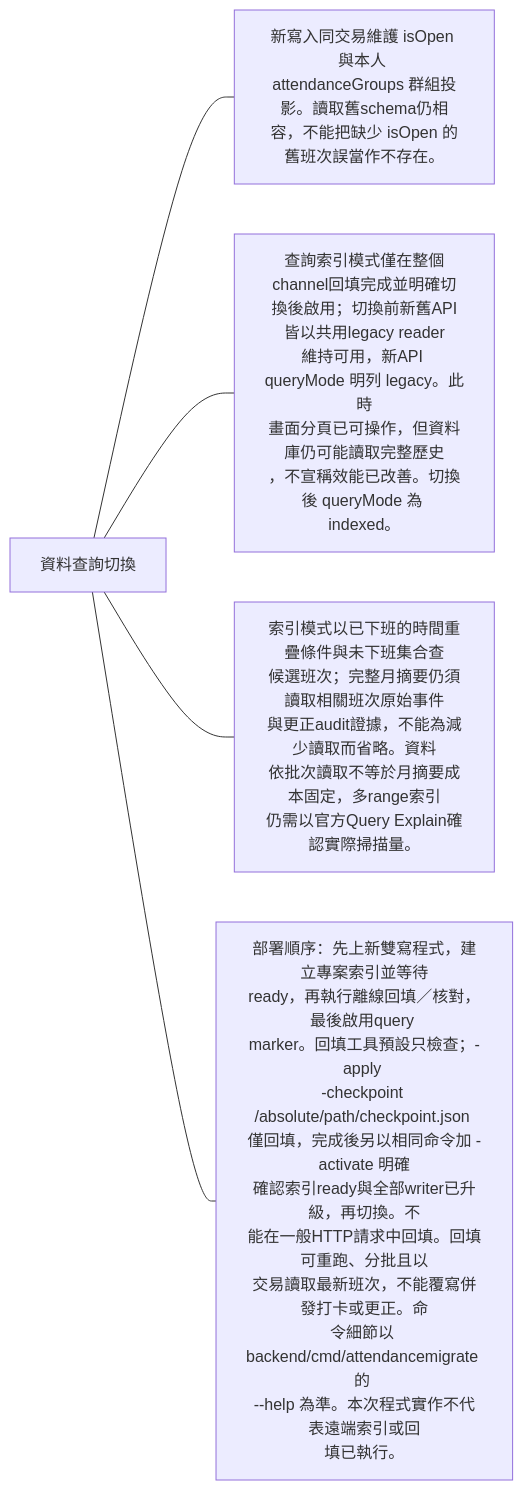
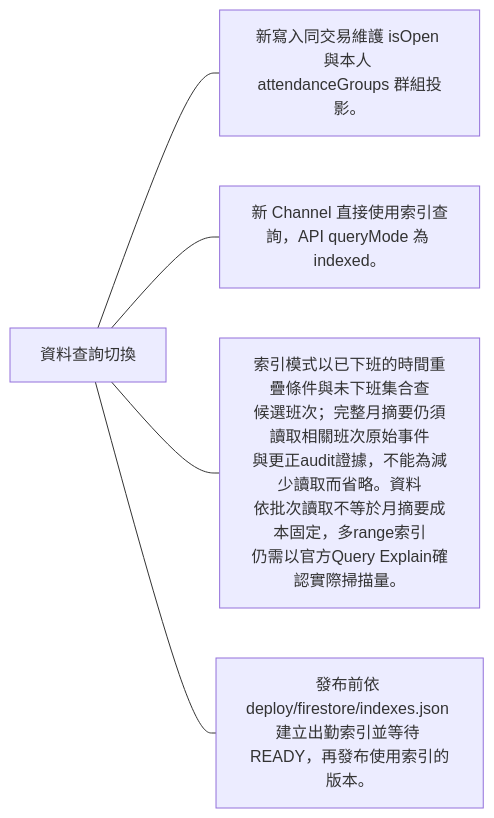
The sixth of 13 diagrams in docs/domains/attendance/queries.md (963sup/line-mini-app-bot), drawn with Mermaid before and after one commit. The commit also changed other lines of this file and 20 other files, not shown here.

First line of the commit message:
refactor(attendance): retire legacy migration and require indexed reads (#48)

````diff
--- a/docs/domains/attendance/queries.md
+++ b/docs/domains/attendance/queries.md
@@ -47,8 +47,8 @@
 ```mermaid
 flowchart LR
   h["資料查詢切換"]
-  h --- n0["新寫入同交易維護 isOpen 與本人 <br/>attendanceGroups 群組投影。讀取舊schema仍相<br/>容，不能把缺少 isOpen 的舊班次誤當作不存在。"]
-  h --- n1["查詢索引模式僅在整個channel回填完成並明確切<br/>換後啟用；切換前新舊API皆以共用legacy reader<br/>維持可用，新API queryMode 明列 legacy。此時<br/>畫面分頁已可操作，但資料庫仍可能讀取完整歷史<br/>，不宣稱效能已改善。切換後 queryMode 為 <br/>indexed。"]
+  h --- n0["新寫入同交易維護 isOpen 與本人 <br/>attendanceGroups 群組投影。"]
+  h --- n1["新 Channel 直接使用索引查詢，API queryMode 為 indexed。"]
   h --- n2["索引模式以已下班的時間重疊條件與未下班集合查<br/>候選班次；完整月摘要仍須讀取相關班次原始事件<br/>與更正audit證據，不能為減少讀取而省略。資料<br/>依批次讀取不等於月摘要成本固定，多range索引<br/>仍需以官方Query Explain確認實際掃描量。"]
-  h --- n3["部署順序：先上新雙寫程式，建立專案索引並等待<br/>ready，再執行離線回填／核對，最後啟用query <br/>marker。回填工具預設只檢查；-apply <br/>-checkpoint /absolute/path/checkpoint.json <br/>僅回填，完成後另以相同命令加 -activate 明確<br/>確認索引ready與全部writer已升級，再切換。不<br/>能在一般HTTP請求中回填。回填可重跑、分批且以<br/>交易讀取最新班次，不能覆寫併發打卡或更正。命<br/>令細節以 backend/cmd/attendancemigrate 的 <br/>--help 為準。本次程式實作不代表遠端索引或回<br/>填已執行。"]
+  h --- n3["發布前依 deploy/firestore/indexes.json 建立出勤索引並等待 READY，再發布使用索引的版本。"]
 ```
````
